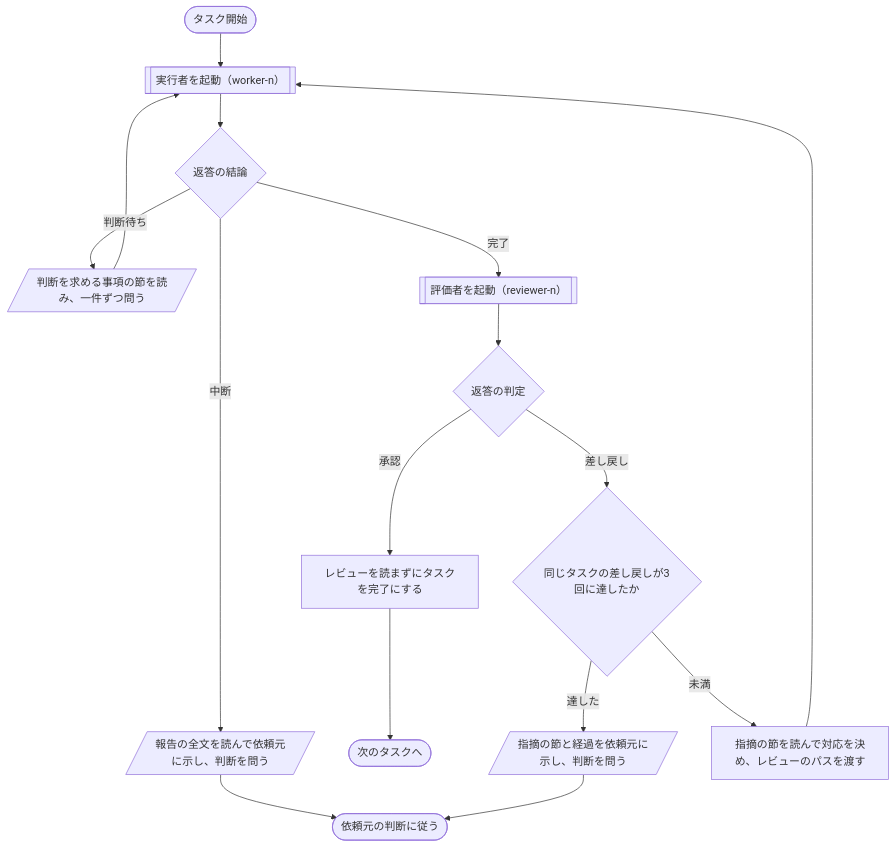
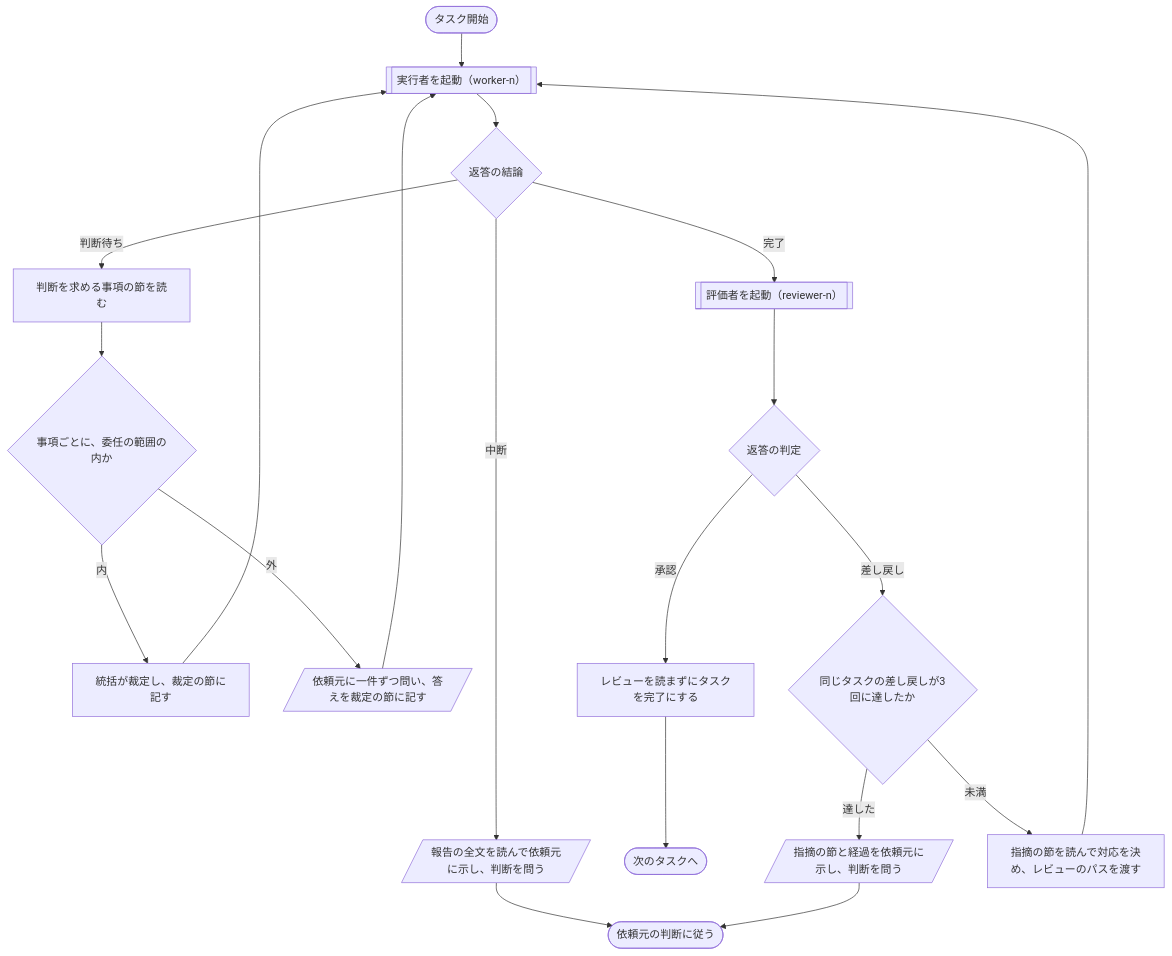
One commit to bizhermit/hermit-works changed the second of 2 diagrams in docs/design/skills/execute.md. Above: the diagram before and after it, drawn with Mermaid. The commit also changed other lines of this file and 5 other files, not shown here.

````diff
--- a/docs/design/skills/execute.md
+++ b/docs/design/skills/execute.md
@@ -51,18 +53,22 @@
 ```mermaid
 flowchart TD
     S([タスク開始]) --> W1[["実行者を起動（worker-n）"]]
     W1 --> W2{"返答の結論"}
-    W2 -- 判断待ち --> W3[/"判断を求める事項の節を読み、一件ずつ問う"/]
-    W3 --> W1
+    W2 -- 判断待ち --> W3["判断を求める事項の節を読む"]
+    W3 --> W6{"事項ごとに、委任の範囲の内か"}
+    W6 -- 内 --> W7["統括が裁定し、裁定の節に記す"]
+    W6 -- 外 --> W8[/"依頼元に一件ずつ問い、答えを裁定の節に記す"/]
+    W7 --> W1
+    W8 --> W1
     W2 -- 中断 --> W4[/"報告の全文を読んで依頼元に示し、判断を問う"/]
     W4 --> U(["依頼元の判断に従う"])
     W2 -- 完了 --> R1[["評価者を起動（reviewer-n）"]]
     R1 --> R2{"返答の判定"}
     R2 -- 承認 --> R3["レビューを読まずにタスクを完了にする"]
     R3 --> T([次のタスクへ])
     R2 -- 差し戻し --> R4{"同じタスクの差し戻しが3回に達したか"}
     R4 -- 達した --> R5[/"指摘の節と経過を依頼元に示し、判断を問う"/]
     R5 --> U
     R4 -- 未満 --> W5["指摘の節を読んで対応を決め、レビューのパスを渡す"]
     W5 --> W1
 ```
````
